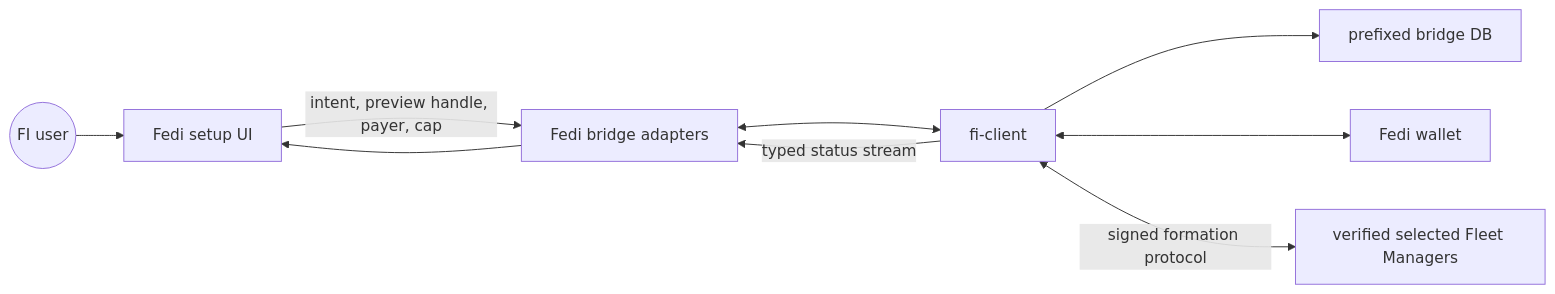
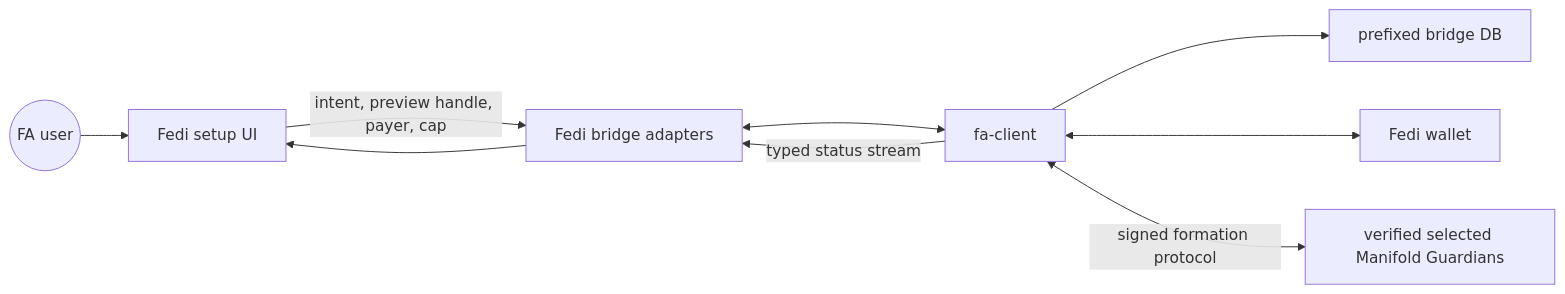
The first of 2 diagrams in docs/fedi-app/fedi-app.md (fedibtc/manifold), drawn with Mermaid before and after one commit. The commit also changed other lines of this file and 1416 other files, not shown here.

````diff
--- a/docs/fedi-app/fedi-app.md
+++ b/docs/fedi-app/fedi-app.md
@@ -18,19 +18,19 @@
 ```mermaid
 flowchart LR
-    User(("FI user"))
+    User(("FA user"))
     UI["Fedi setup UI"]
     Bridge["Fedi bridge adapters"]
-    Client["fi-client"]
+    Client["fa-client"]
     Store["prefixed bridge DB"]
     Wallet["Fedi wallet"]
-    FM["verified selected Fleet Managers"]
+    FM["verified selected Manifold Guardians"]
 
     User --> UI
     UI -- intent, preview handle, payer, cap --> Bridge
     Bridge <--> Client
     Client --> Store
     Client <--> Wallet
     Client <-- signed formation protocol --> FM
     Client -- typed status stream --> Bridge
     Bridge --> UI
 ```
````
